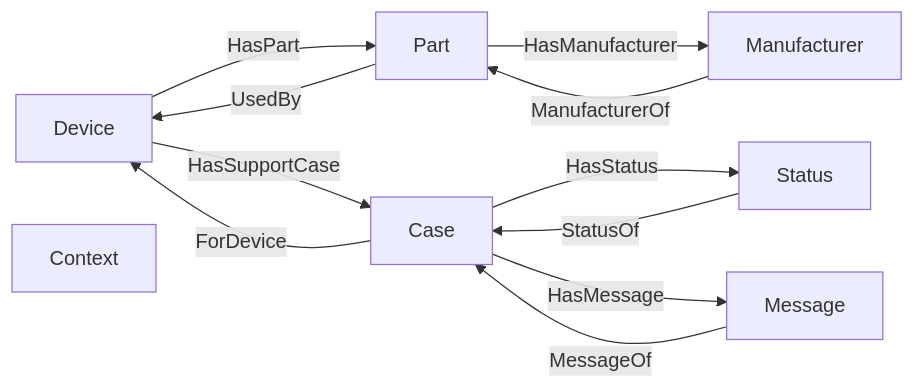
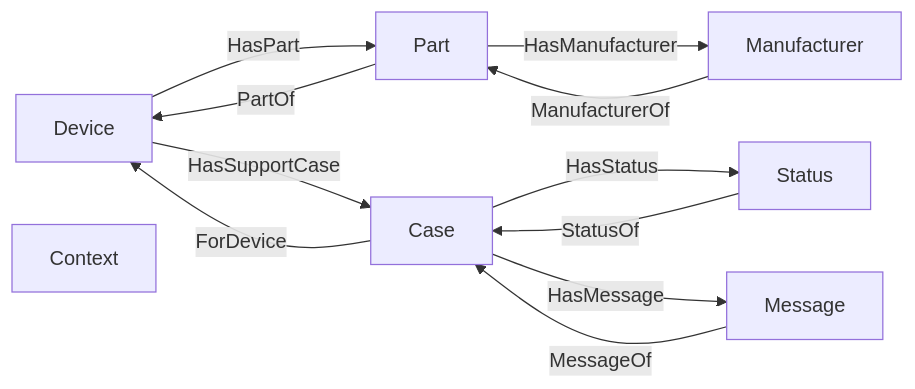
The diagram in README.md (curiosity-ai/technical-support), drawn with Mermaid before and after one commit. The commit also changed other lines of this file and 8 other files, not shown here.

````diff
--- a/README.md
+++ b/README.md
@@ -85,28 +86,28 @@
 ```mermaid
 graph LR
 
     %% Nodes
     Device["Device"]
     Part["Part"]
     SupportCase["Case"]
     SupportCaseMessage["Message"]
     SupportChatContext["Context"]
     Status["Status"]
     Manufacturer["Manufacturer"]
 
     Device -->|HasPart| Part
     Device -->|HasSupportCase| SupportCase
 
-    Part -->|UsedBy| Device
+    Part -->|PartOf| Device
     Part -->|HasManufacturer| Manufacturer
 
     SupportCase -->|ForDevice| Device
     SupportCase -->|HasStatus| Status
     SupportCase -->|HasMessage| SupportCaseMessage
 
     Status -->|StatusOf| SupportCase
 
     Manufacturer -->|ManufacturerOf| Part
 
     SupportCaseMessage -->|MessageOf| SupportCase
 ```
````
